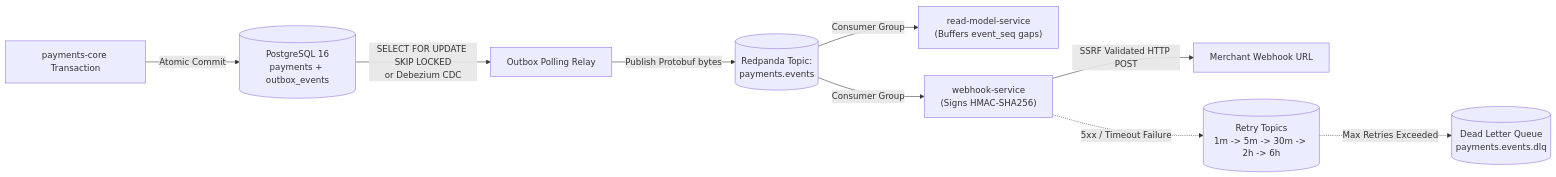
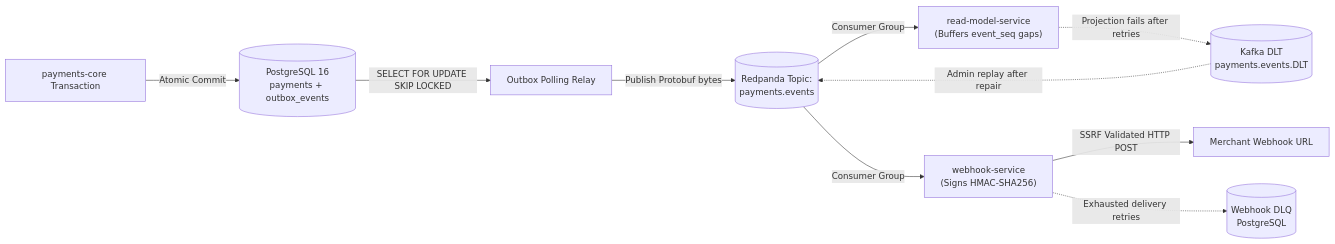
Before and after one commit to nrahil/Paycore-Ledger: the third of 3 diagrams in README.md, drawn with Mermaid. The commit also changed other lines of this file and 62 other files, not shown here.

````diff
--- a/README.md
+++ b/README.md
@@ -616,11 +601,12 @@
 ```mermaid
 flowchart LR
     App["payments-core Transaction"] -->|"Atomic Commit"| Tables[("PostgreSQL 16<br/>payments + outbox_events")]
-    Tables -->|"SELECT FOR UPDATE SKIP LOCKED<br/>or Debezium CDC"| Relay["Outbox Polling Relay"]
+    Tables -->|"SELECT FOR UPDATE SKIP LOCKED"| Relay["Outbox Polling Relay"]
     Relay -->|"Publish Protobuf bytes"| Kafka[("Redpanda Topic:<br/>payments.events")]
     Kafka -->|"Consumer Group"| ReadModel["read-model-service<br/>(Buffers event_seq gaps)"]
     Kafka -->|"Consumer Group"| WebhookSvc["webhook-service<br/>(Signs HMAC-SHA256)"]
     WebhookSvc -->|"SSRF Validated HTTP POST"| MerchantWebhook["Merchant Webhook URL"]
-    WebhookSvc -.->|"5xx / Timeout Failure"| RetryTopic[("Retry Topics<br/>1m -> 5m -> 30m -> 2h -> 6h")]
-    RetryTopic -.->|"Max Retries Exceeded"| DLQ[("Dead Letter Queue<br/>payments.events.dlq")]
+    ReadModel -.->|"Projection fails after retries"| ReadModelDLT[("Kafka DLT<br/>payments.events.DLT")]
+    ReadModelDLT -.->|"Admin replay after repair"| Kafka
+    WebhookSvc -.->|"Exhausted delivery retries"| WebhookDLQ[("Webhook DLQ<br/>PostgreSQL")]
 ```
````
